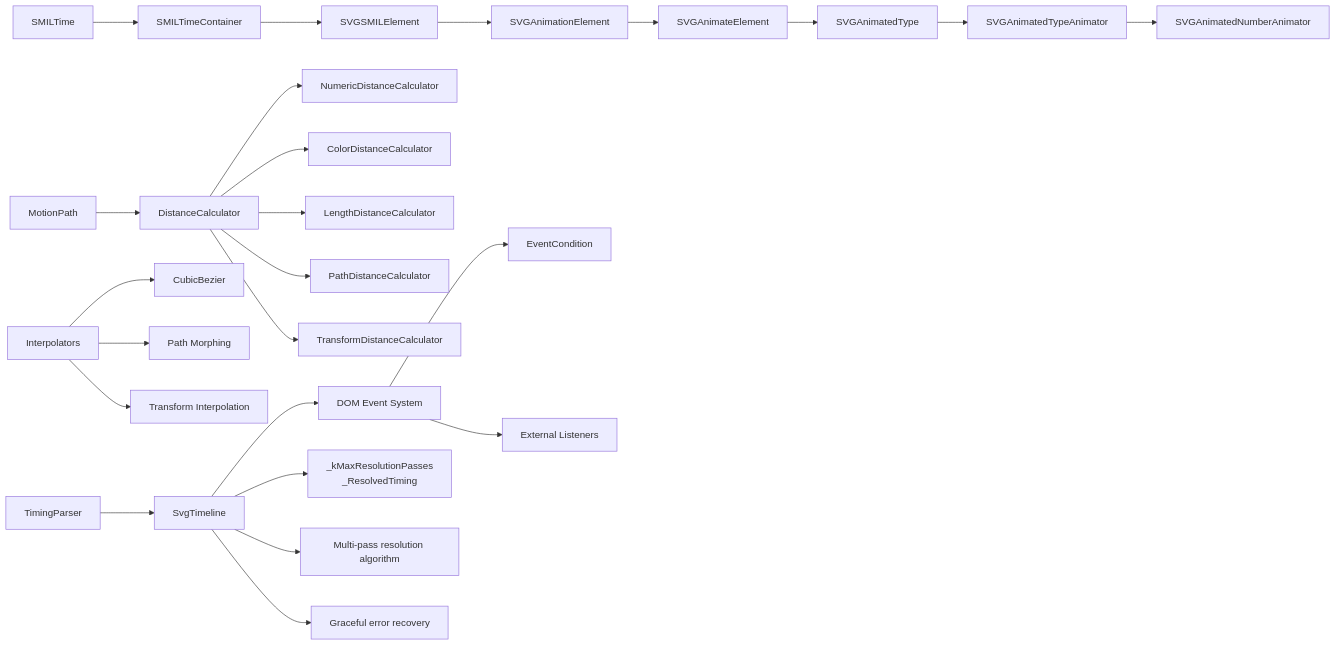
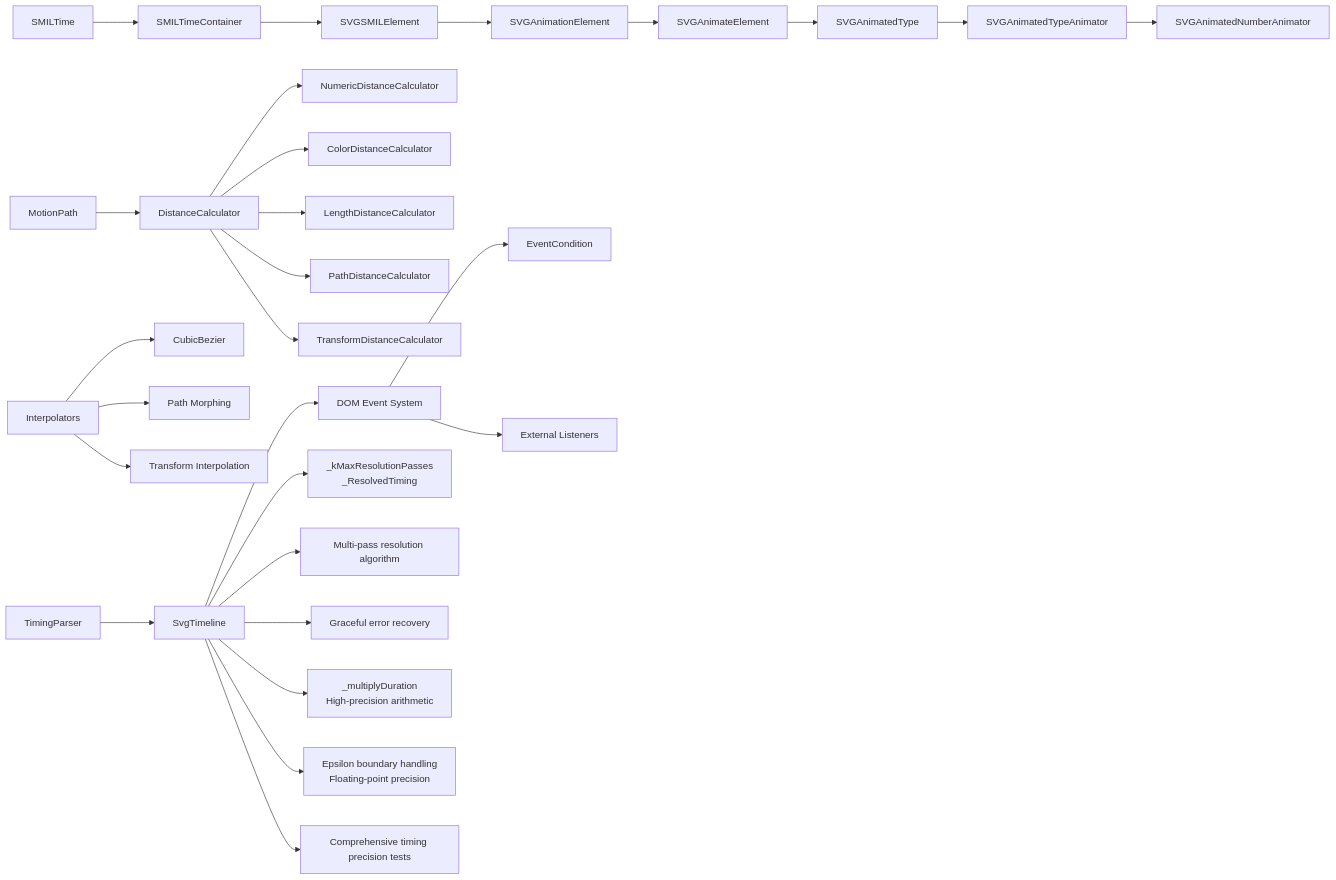
Before and after one commit to denisnadey/flutter_full_svg_support: diagram 17 of 17 in .qoder/repowiki/en/content/Animated SVG Support/SMIL Animation Specification/Improved SMIL Animation Runtime.md, drawn with Mermaid. The commit also changed other lines of this file and 46 other files, not shown here.

First line of the commit message:
feat(advanced-animation): enhance foreign object support and smil timing precision

````diff
--- a/.qoder/repowiki/en/content/Animated SVG Support/SMIL Animation Specification/Improved SMIL Animation Runtime.md
+++ b/.qoder/repowiki/en/content/Animated SVG Support/SMIL Animation Specification/Improved SMIL Animation Runtime.md
@@ -911,26 +1047,29 @@
 ```mermaid
 graph LR
 SMILTime["SMILTime"] --> SMILTimeContainer["SMILTimeContainer"]
 SMILTimeContainer --> SVGSMILElement["SVGSMILElement"]
 SVGSMILElement --> SVGAnimationElement["SVGAnimationElement"]
 SVGAnimationElement --> SVGAnimateElement["SVGAnimateElement"]
 SVGAnimateElement --> SVGAnimatedType["SVGAnimatedType"]
 SVGAnimatedType --> SVGAnimatedTypeAnimator["SVGAnimatedTypeAnimator"]
 SVGAnimatedTypeAnimator --> SVGAnimatedNumberAnimator["SVGAnimatedNumberAnimator"]
 TimingParser["TimingParser"] --> SvgTimeline["SvgTimeline"]
 SvgTimeline --> DOMEventSystem["DOM Event System"]
 DOMEventSystem --> EventCondition["EventCondition"]
 DOMEventSystem --> ExternalListeners["External Listeners"]
 Interpolators["Interpolators"] --> CubicBezier["CubicBezier"]
 Interpolators --> PathMorphing["Path Morphing"]
 Interpolators --> TransformInterpolation["Transform Interpolation"]
 MotionPath["MotionPath"] --> DistanceCalculator["DistanceCalculator"]
 DistanceCalculator --> NumericDistance["NumericDistanceCalculator"]
 DistanceCalculator --> ColorDistance["ColorDistanceCalculator"]
 DistanceCalculator --> LengthDistance["LengthDistanceCalculator"]
 DistanceCalculator --> PathDistance["PathDistanceCalculator"]
 DistanceCalculator --> TransformDistance["TransformDistanceCalculator"]
 SvgTimeline --> CircularDependencyDetector["_kMaxResolutionPasses<br/>_ResolvedTiming"]
 SvgTimeline --> MultiPassResolver["Multi-pass resolution algorithm"]
 SvgTimeline --> ErrorRecovery["Graceful error recovery"]
+SvgTimeline --> HighPrecisionArithmetic["_multiplyDuration<br/>High-precision arithmetic"]
+SvgTimeline --> BoundaryHandling["Epsilon boundary handling<br/>Floating-point precision"]
+SvgTimeline --> TimingPrecisionTesting["Comprehensive timing precision tests"]
 ```
````
